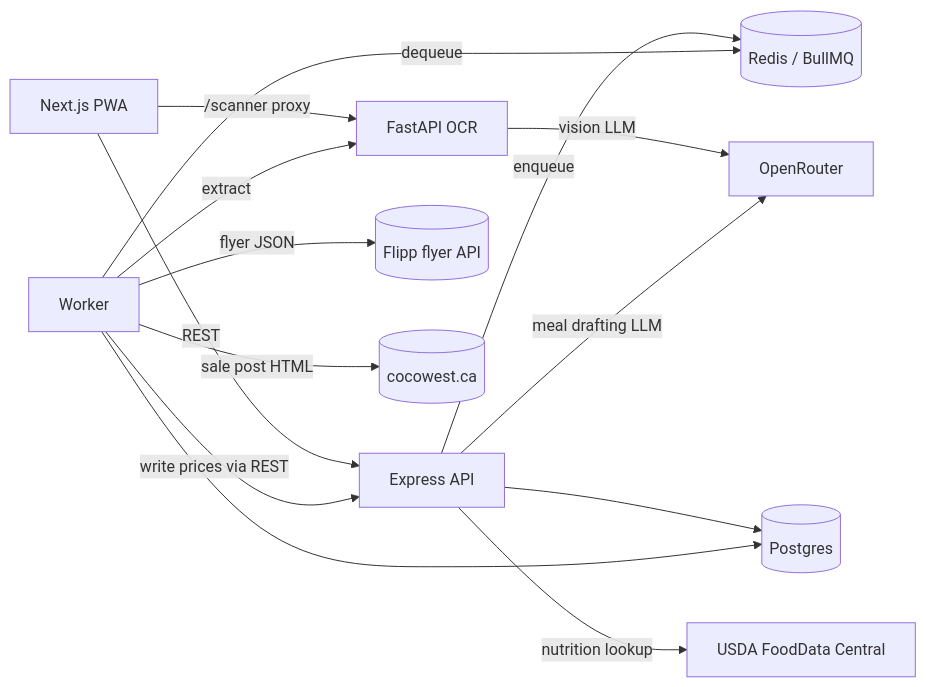
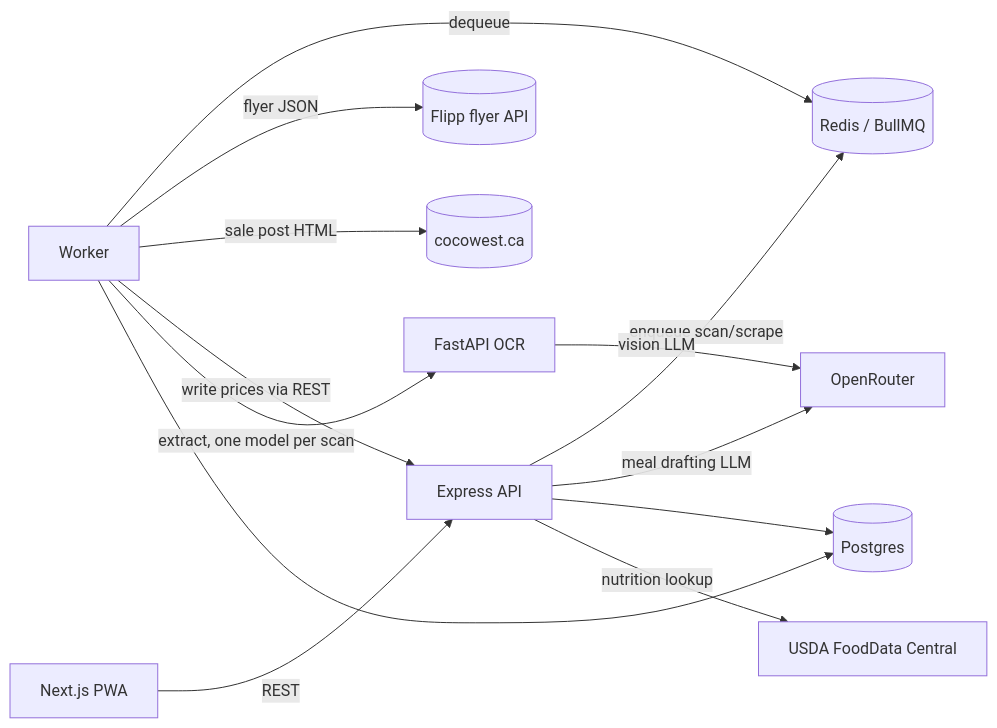
The first of 2 diagrams in README.md (Jack-Mei-UBC/FoodTracker), drawn with Mermaid before and after one commit. The commit also changed other lines of this file and 2 other files, not shown here.

````diff
--- a/README.md
+++ b/README.md
@@ -35,16 +35,15 @@
 ```mermaid
 flowchart LR
   UI[Next.js PWA] -->|REST| API[Express API]
-  UI -->|/scanner proxy| OCR[FastAPI OCR]
-  API -->|enqueue| Q[(Redis / BullMQ)]
+  API -->|enqueue scan/scrape| Q[(Redis / BullMQ)]
   W[Worker] -->|dequeue| Q
   W -->|flyer JSON| Flipp[(Flipp flyer API)]
   W -->|sale post HTML| Cocowest[(cocowest.ca)]
   W -->|write prices via REST| API
-  W -->|extract| OCR
+  W -->|extract, one model per scan| OCR[FastAPI OCR]
   OCR -->|vision LLM| OR[OpenRouter]
   API -->|meal drafting LLM| OR
   API --> DB[(Postgres)]
   W --> DB
   API -->|nutrition lookup| FDC[USDA FoodData Central]
 ```
````
